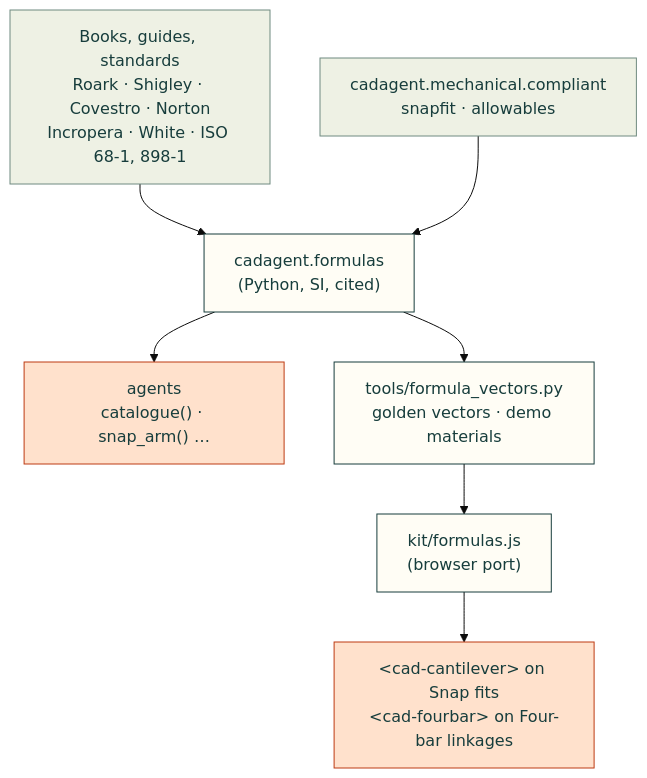
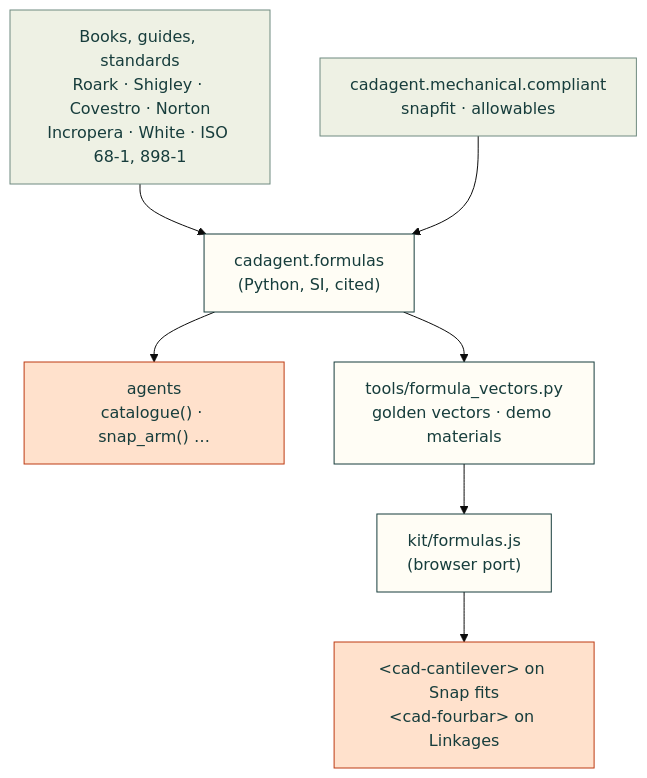
Before and after one commit to Valpatel/cad-agent: the diagram in docs/formulas.md, drawn with Mermaid (base theme). The commit also changed other lines of this file and 7 other files, not shown here.

First line of the commit message:
docs: sweeping four- and five-bars on the Linkages page, with a figure generated from the solver (#187)

````diff
--- a/docs/formulas.md
+++ b/docs/formulas.md
@@ -77,15 +77,15 @@
 ```mermaid
 flowchart TD
     S["Books, guides, standards<br/>Roark · Shigley · Covestro · Norton<br/>Incropera · White · ISO 68-1, 898-1"] --> P["cadagent.formulas<br/>(Python, SI, cited)"]
     C["cadagent.mechanical.compliant<br/>snapfit · allowables"] --> P
     P --> A["agents<br/>catalogue() · snap_arm() …"]
     P --> V["tools/formula_vectors.py<br/>golden vectors · demo materials"]
     V --> J["kit/formulas.js<br/>(browser port)"]
-    J --> D["&lt;cad-cantilever&gt; on Snap fits<br/>&lt;cad-fourbar&gt; on Four-bar linkages"]
+    J --> D["&lt;cad-cantilever&gt; on Snap fits<br/>&lt;cad-fourbar&gt; on Linkages"]
     classDef here fill:#fffdf5,stroke:#173d3c,color:#173d3c
     classDef near fill:#eef1e4,stroke:#6f8a80,color:#173d3c
     classDef out fill:#ffe1cc,stroke:#bd3a12,color:#173d3c
     class P,V,J here
     class S,C near
     class A,D out
 ```
````
